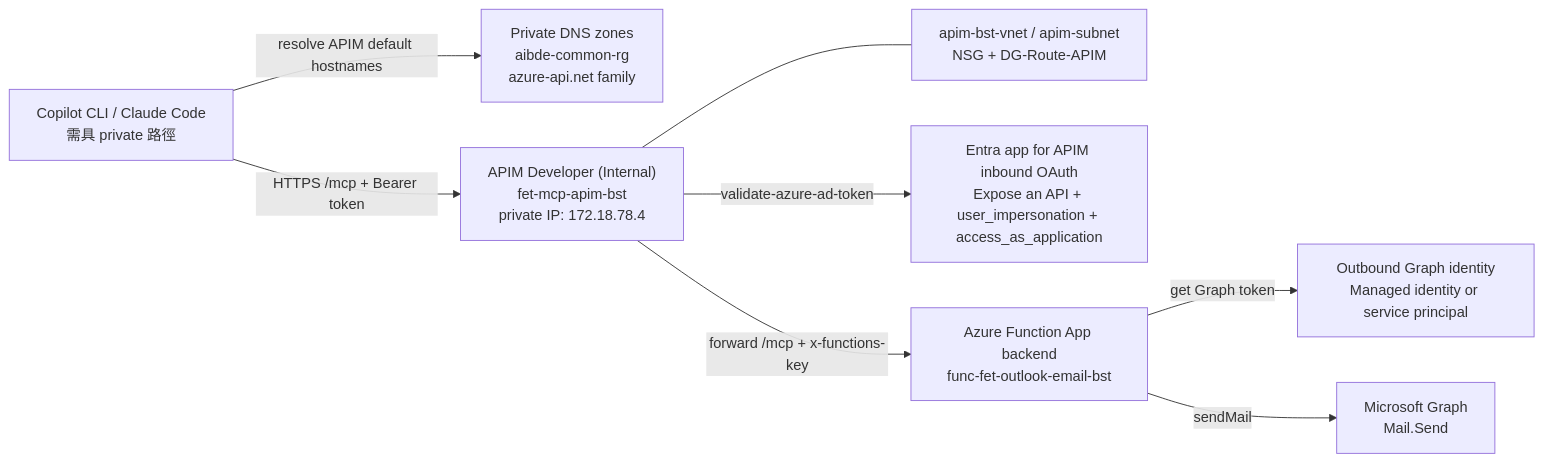
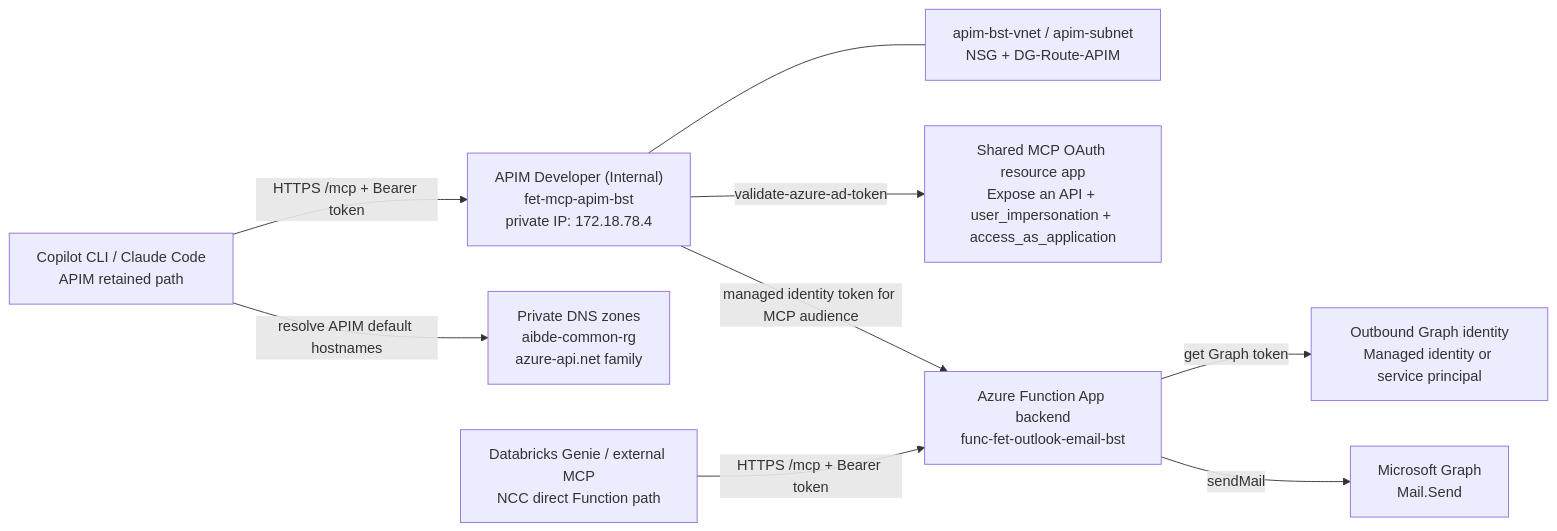
One commit to Fet-ycliang/mcp-dotnet-samples changed the first of 2 diagrams in outlook-email/README.md. Above: the diagram before and after it, drawn with Mermaid. The commit also changed other lines of this file and 56 other files, not shown here.

Commit message:
Rework remote MCP deployment and Claude skills

````diff
--- a/outlook-email/README.md
+++ b/outlook-email/README.md
@@ -895,19 +996,21 @@
 ```mermaid
 flowchart LR
-    Client["Copilot CLI / Claude Code<br/>需具 private 路徑"]
+    Client["Copilot CLI / Claude Code<br/>APIM retained path"]
+    Databricks["Databricks Genie / external MCP<br/>NCC direct Function path"]
     DNS["Private DNS zones<br/>aibde-common-rg<br/>azure-api.net family"]
     APIM["APIM Developer (Internal)<br/>fet-mcp-apim-bst<br/>private IP: 172.18.78.4"]
     Net["apim-bst-vnet / apim-subnet<br/>NSG + DG-Route-APIM"]
-    InboundAuth["Entra app for APIM inbound OAuth<br/>Expose an API + user_impersonation + access_as_application"]
+    InboundAuth["Shared MCP OAuth resource app<br/>Expose an API + user_impersonation + access_as_application"]
     Func["Azure Function App backend<br/>func-fet-outlook-email-bst"]
     OutboundAuth["Outbound Graph identity<br/>Managed identity or service principal"]
     Graph["Microsoft Graph<br/>Mail.Send"]
 
     Client -->|"resolve APIM default hostnames"| DNS
     Client -->|"HTTPS /mcp + Bearer token"| APIM
     APIM --- Net
     APIM -->|"validate-azure-ad-token"| InboundAuth
-    APIM -->|"forward /mcp + x-functions-key"| Func
+    Databricks -->|"HTTPS /mcp + Bearer token"| Func
+    APIM -->|"managed identity token for MCP audience"| Func
     Func -->|"get Graph token"| OutboundAuth
     Func -->|"sendMail"| Graph
 ```
````
